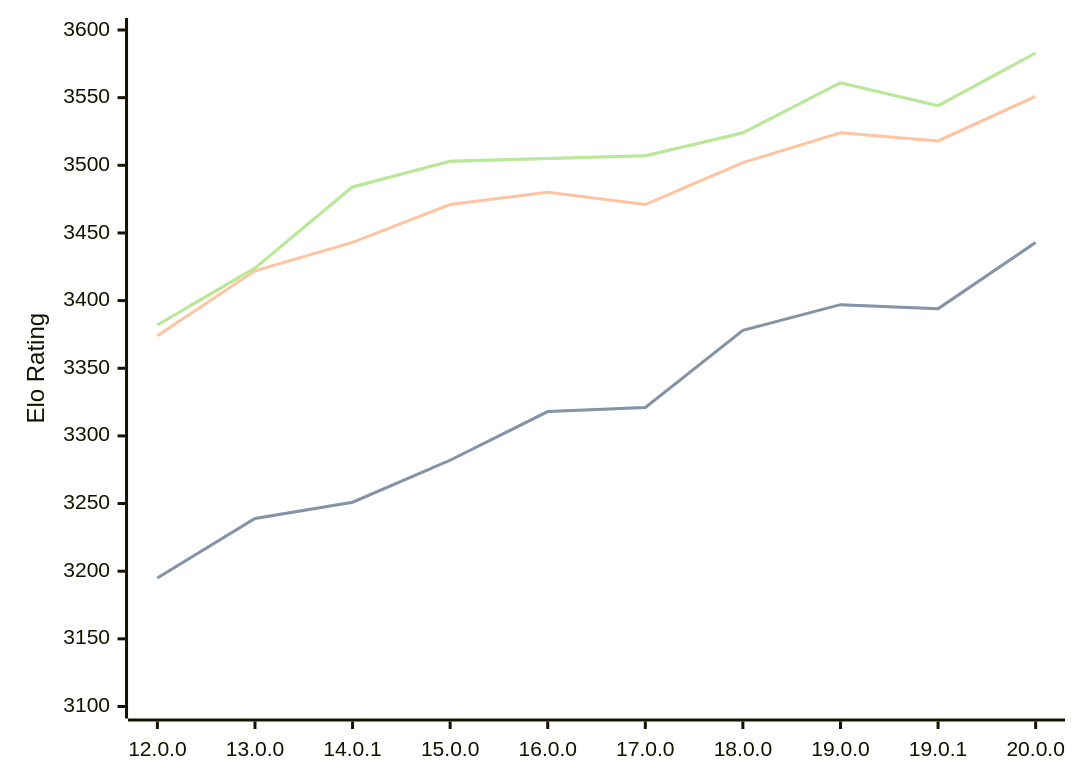
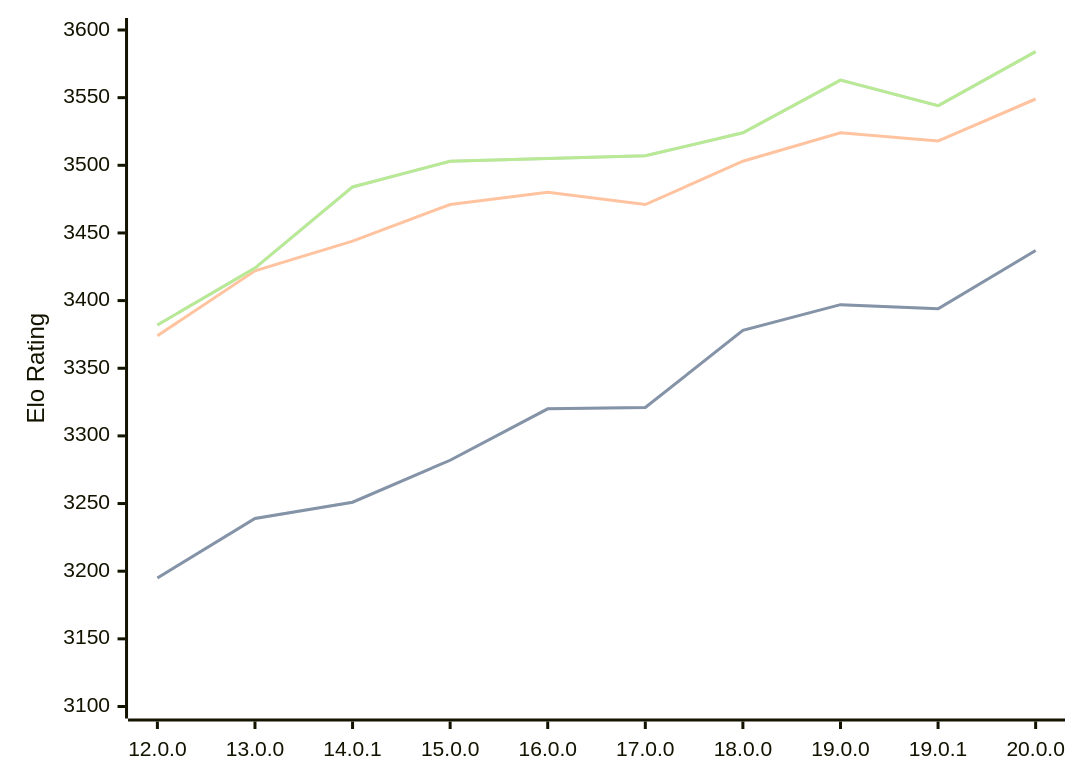
Before and after one commit to computer-chess-index/cci: the diagram in engines/Viridithas.md, drawn with Mermaid. The commit also changed other lines of this file, not shown here.

Commit message:
Update CCI Ratings (ELO VLTC) - 2026-07-26

````diff
--- a/engines/Viridithas.md
+++ b/engines/Viridithas.md
@@ -64,11 +64,11 @@
 ```mermaid
 %%{init: {"theme":"base","themeVariables":{"seriesColors:['#a3a3a3','#222221','#faa371']}}}%%
 xychart-beta
   x-axis ["12.0.0", "13.0.0", "14.0.1", "15.0.0", "16.0.0", "17.0.0", "18.0.0", "19.0.0", "19.0.1", "20.0.0"]
   y-axis "Elo Rating" 3100 --> 3600
-  line "STC (8.0+0.08s)" [3195, 3239, 3251, 3282, 3318, 3321, 3378, 3397, 3394, 3443]
-  line "STC (8.0+0.08s)" [3195, 3239, 3251, 3282, 3318, 3321, 3378, 3397, 3394, 3443]
-  line "LTC (60.0+0.60s)" [3374, 3422, 3443, 3471, 3480, 3471, 3502, 3524, 3518, 3551]
-  line "VLTC (2m24s+1.12s)" [3382, 3424, 3484, 3503, 3505, 3507, 3524, 3561, 3544, 3583]
-  line "VLTC (2m24s+1.12s)" [3382, 3424, 3484, 3503, 3505, 3507, 3524, 3561, 3544, 3583]
+  line "STC (8.0+0.08s)" [3195, 3239, 3251, 3282, 3320, 3321, 3378, 3397, 3394, 3437]
+  line "STC (8.0+0.08s)" [3195, 3239, 3251, 3282, 3320, 3321, 3378, 3397, 3394, 3437]
+  line "LTC (60.0+0.60s)" [3374, 3422, 3444, 3471, 3480, 3471, 3503, 3524, 3518, 3549]
+  line "VLTC (2m24s+1.12s)" [3382, 3424, 3484, 3503, 3505, 3507, 3524, 3563, 3544, 3584]
+  line "VLTC (2m24s+1.12s)" [3382, 3424, 3484, 3503, 3505, 3507, 3524, 3563, 3544, 3584]
 ```
````
